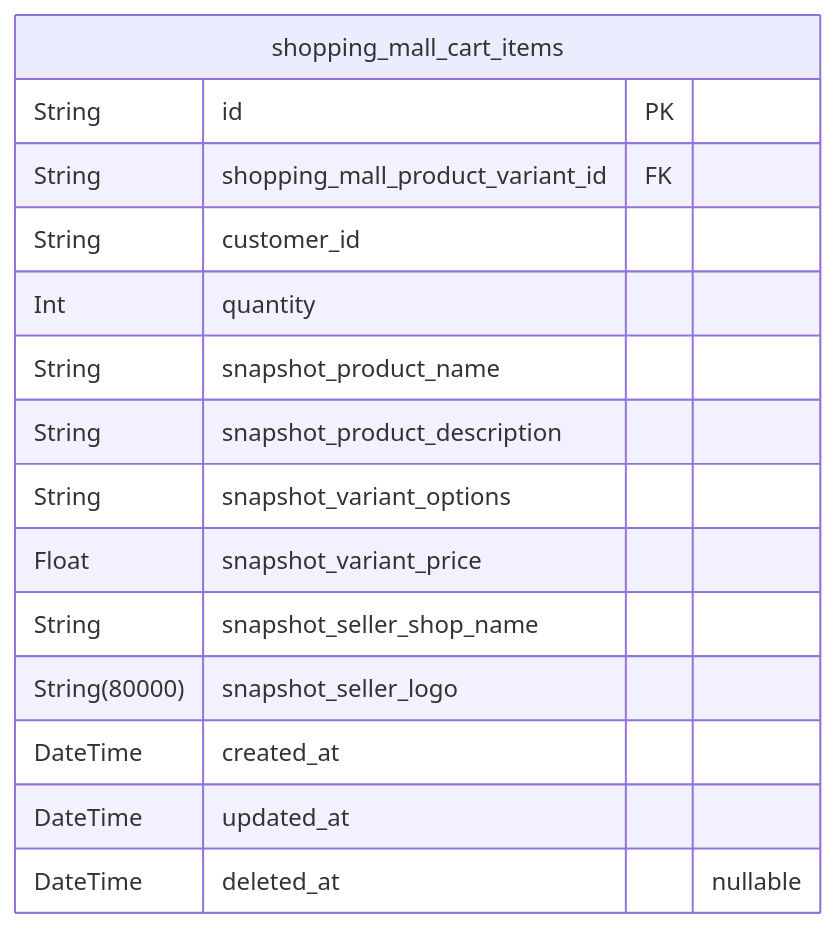
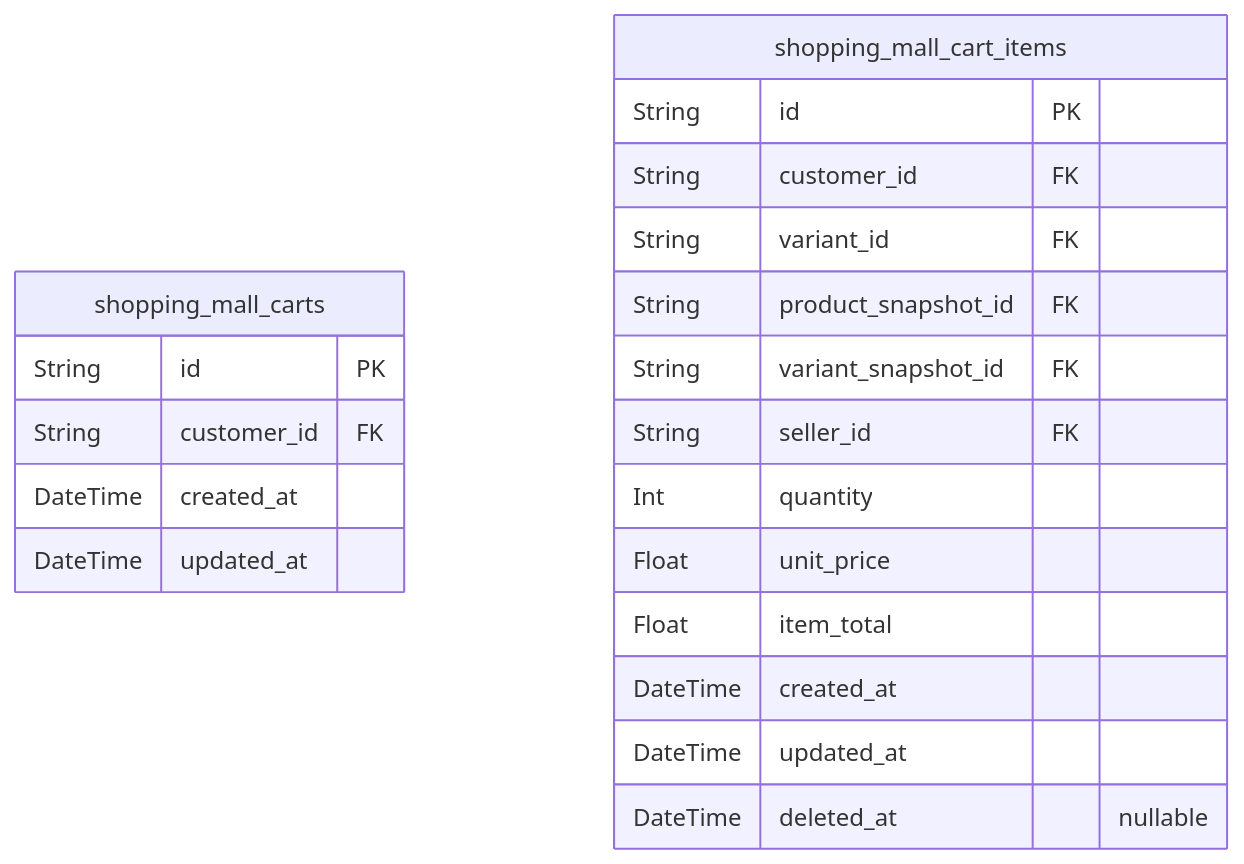
The fifth of 10 diagrams in qwen/qwen3-next-80b-a3b-instruct/shopping/docs/ERD.md (wrtnlabs/autobe-examples), drawn with Mermaid before and after one commit. The commit also changed other lines of this file and 25939 other files, not shown here.

````diff
--- a/qwen/qwen3-next-80b-a3b-instruct/shopping/docs/ERD.md
+++ b/qwen/qwen3-next-80b-a3b-instruct/shopping/docs/ERD.md
@@ -927,18 +967,23 @@
 ```mermaid
 erDiagram
+"shopping_mall_carts" {
+  String id PK
+  String customer_id FK
+  DateTime created_at
+  DateTime updated_at
+}
 "shopping_mall_cart_items" {
   String id PK
-  String shopping_mall_product_variant_id FK
-  String customer_id
+  String customer_id FK
+  String variant_id FK
+  String product_snapshot_id FK
+  String variant_snapshot_id FK
+  String seller_id FK
   Int quantity
-  String snapshot_product_name
-  String snapshot_product_description
-  String snapshot_variant_options
-  Float snapshot_variant_price
-  String snapshot_seller_shop_name
-  String(80000) snapshot_seller_logo
+  Float unit_price
+  Float item_total
   DateTime created_at
   DateTime updated_at
   DateTime deleted_at "nullable"
 }
 ```
````
